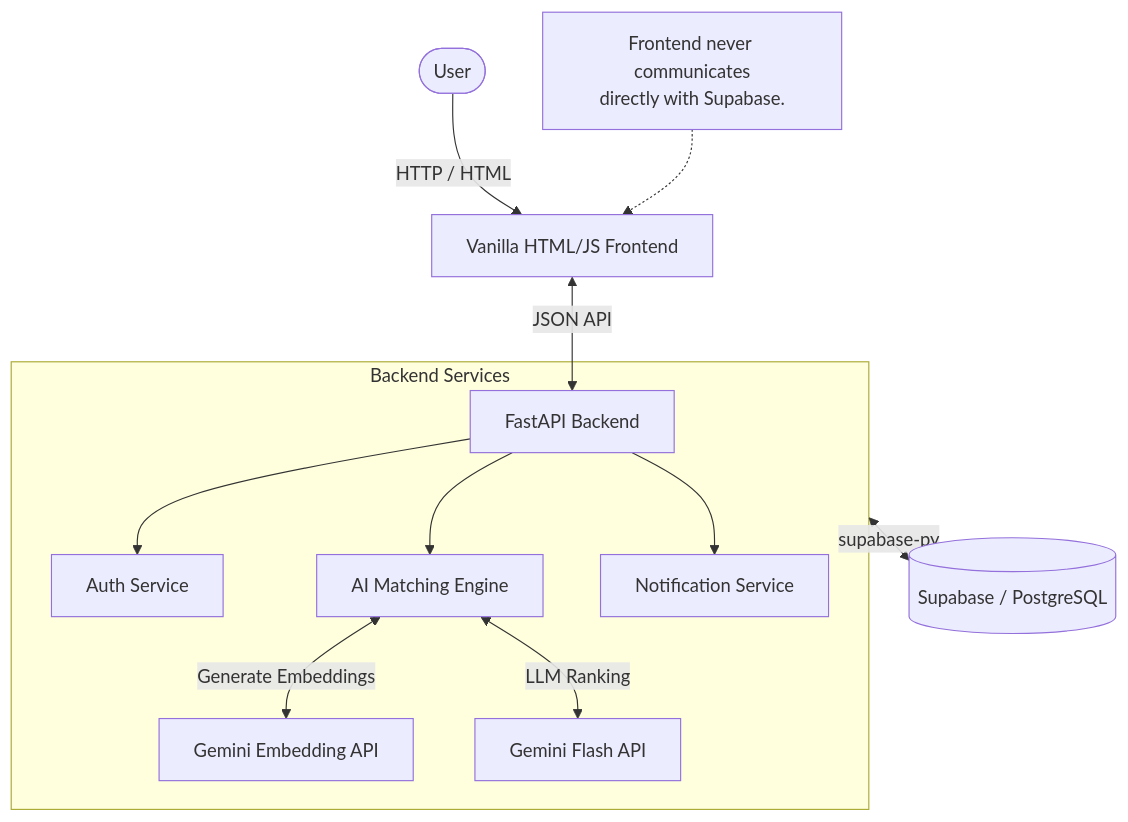
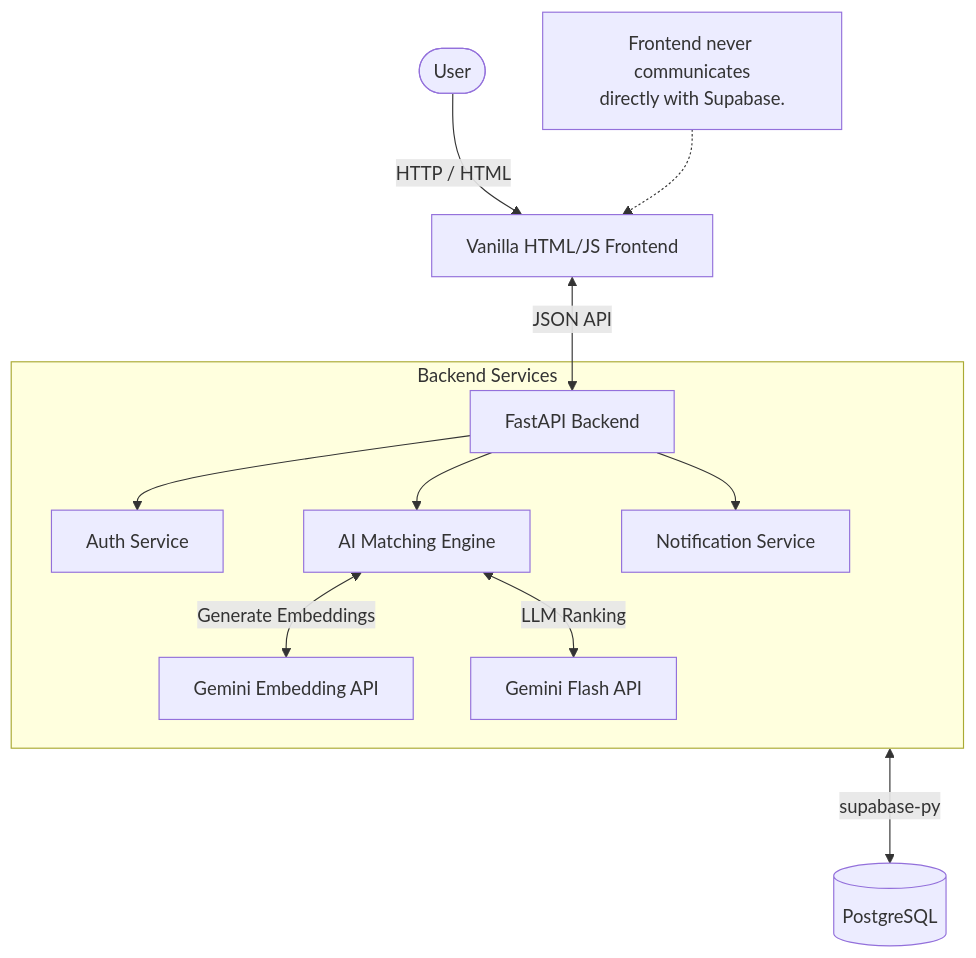
The first of 2 diagrams in README.md (Krishh67/hubify), drawn with Mermaid before and after one commit.

Commit message:
Fix diagram connection for Supabase in README

````diff
--- a/README.md
+++ b/README.md
@@ -26,18 +26,18 @@
 ```mermaid
 flowchart TD
     User([User]) --> |HTTP / HTML| Frontend[Vanilla HTML/JS Frontend]
     Frontend <--> |JSON API| FastAPI[FastAPI Backend]
     
     subgraph BackendServices [Backend Services]
         FastAPI --> Auth[Auth Service]
         FastAPI --> MatchingEngine[AI Matching Engine]
         FastAPI --> Notif[Notification Service]
         
         MatchingEngine <--> |Generate Embeddings| GeminiEmb[Gemini Embedding API]
         MatchingEngine <--> |LLM Ranking| GeminiLLM[Gemini Flash API]
     end
     
-    BackendServices <--> |supabase-py| Supabase[(Supabase / PostgreSQL)]
+    BackendServices <-----> |supabase-py| Supabase[(PostgreSQL)]
     
     note1[Frontend never communicates<br>directly with Supabase.] -.-> Frontend
 ```
````
